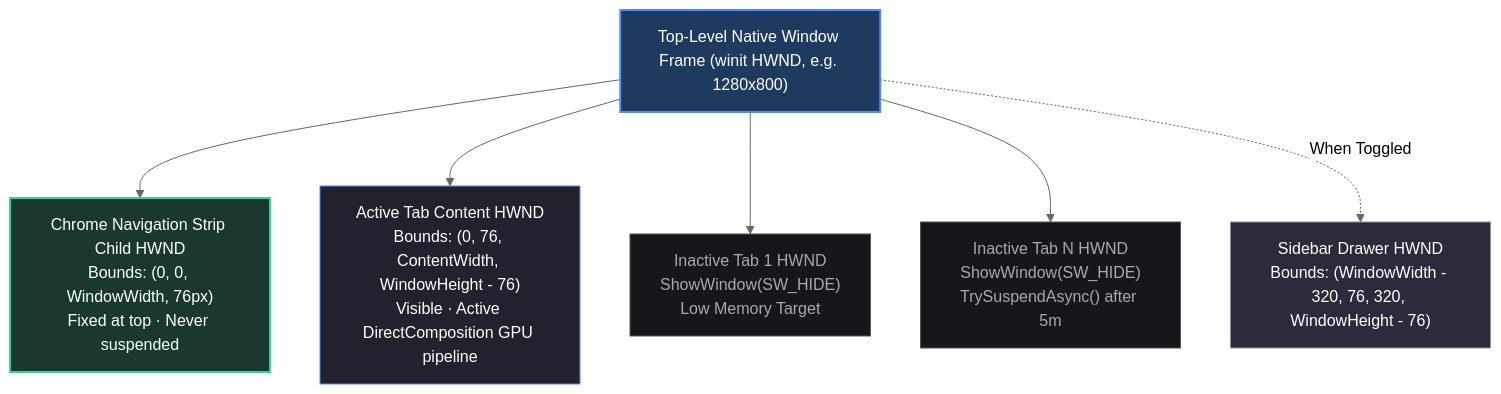
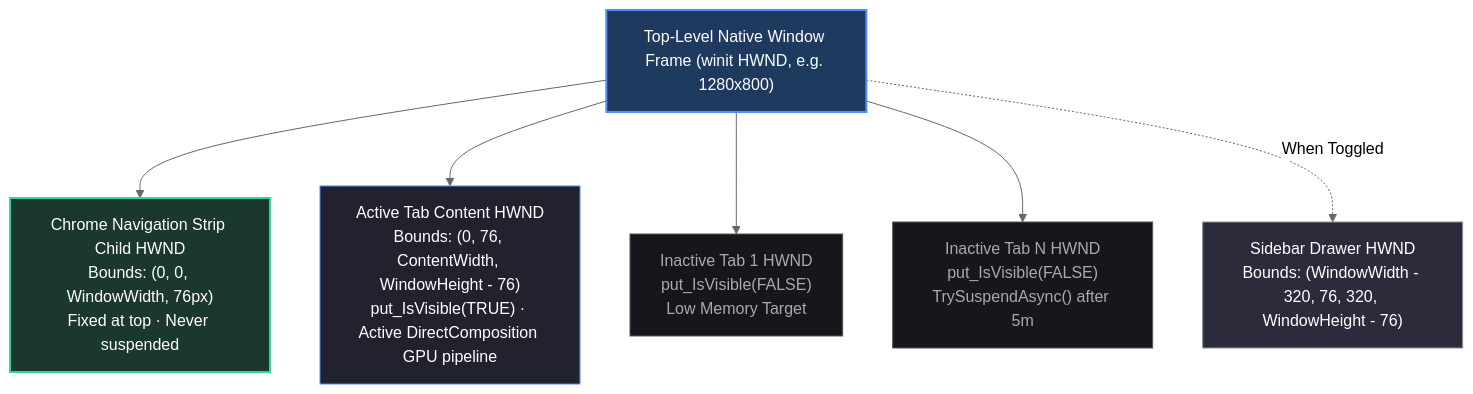
The fourth of 10 diagrams in docs/architecture.md (ParthAeron/evergreen-browser), drawn with Mermaid (neutral theme) before and after one commit. The commit also changed other lines of this file and 10 other files, not shown here.

````diff
--- a/docs/architecture.md
+++ b/docs/architecture.md
@@ -76,17 +190,17 @@
 ```mermaid
 graph TD
     TopWin["Top-Level Native Window Frame (winit HWND, e.g. 1280x800)"]
     
-    TopWin --> ChromeHWND["Chrome Navigation Strip Child HWND<br>Bounds: (0, 0, WindowWidth, 76px)<br>Fixed at top · Never suspended"]
-    TopWin --> ActiveTabHWND["Active Tab Content HWND<br>Bounds: (0, 76, ContentWidth, WindowHeight - 76)<br>Visible · Active DirectComposition GPU pipeline"]
-    TopWin --> InactiveTab1["Inactive Tab 1 HWND<br>ShowWindow(SW_HIDE)<br>Low Memory Target"]
-    TopWin --> InactiveTabN["Inactive Tab N HWND<br>ShowWindow(SW_HIDE)<br>TrySuspendAsync() after 5m"]
-    TopWin -.->|When Toggled| SidebarHWND["Sidebar Drawer HWND<br>Bounds: (WindowWidth - 320, 76, 320, WindowHeight - 76)"]
+    TopWin --> ChromeHWND["Chrome Navigation Strip Child HWND<br/>Bounds: (0, 0, WindowWidth, 76px)<br/>Fixed at top · Never suspended"]
+    TopWin --> ActiveTabHWND["Active Tab Content HWND<br/>Bounds: (0, 76, ContentWidth, WindowHeight - 76)<br/>put_IsVisible(TRUE) · Active DirectComposition GPU pipeline"]
+    TopWin --> InactiveTab1["Inactive Tab 1 HWND<br/>put_IsVisible(FALSE)<br/>Low Memory Target"]
+    TopWin --> InactiveTabN["Inactive Tab N HWND<br/>put_IsVisible(FALSE)<br/>TrySuspendAsync() after 5m"]
+    TopWin -.->|When Toggled| SidebarHWND["Sidebar Drawer HWND<br/>Bounds: (WindowWidth - 320, 76, 320, WindowHeight - 76)"]
 
     style TopWin fill:#1e3a5f,stroke:#4e8cff,stroke-width:2px,color:#fff
     style ChromeHWND fill:#1b3830,stroke:#34d399,stroke-width:2px,color:#fff
     style ActiveTabHWND fill:#22222e,stroke:#4e8cff,color:#fff
     style InactiveTab1 fill:#16161d,stroke:#555,color:#aaa
     style InactiveTabN fill:#16161d,stroke:#555,color:#aaa
     style SidebarHWND fill:#2b2b3b,stroke:#8b949e,color:#fff
 ```
````
